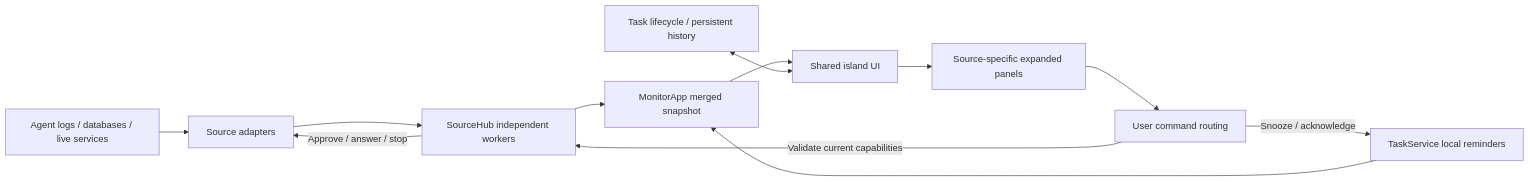
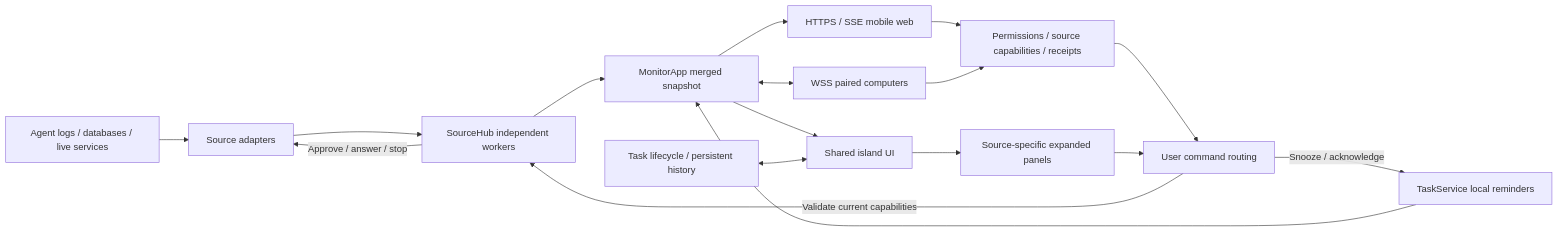
Before and after one commit to TYueMing/BrightMoon-Monitor-V1: the diagram in README.en.md, drawn with Mermaid. The commit also changed other lines of this file and 82 other files, not shown here.

````diff
--- a/README.en.md
+++ b/README.en.md
@@ -193,14 +235,19 @@
 ```mermaid
 flowchart LR
     Sources[Agent logs / databases / live services] --> Adapters[Source adapters]
     Adapters --> Hub[SourceHub independent workers]
     Hub --> App[MonitorApp merged snapshot]
     Tasks[TaskService local reminders] --> App
     App --> Island[Shared island UI]
+    App --> Phone[HTTPS / SSE mobile web]
+    App <--> Peers[WSS paired computers]
+    Phone --> Gate[Permissions / source capabilities / receipts]
+    Peers --> Gate
+    Gate --> Commands
     History[Task lifecycle / persistent history] <--> Island
     Island --> Panels[Source-specific expanded panels]
     Panels --> Commands[User command routing]
     Commands -->|Validate current capabilities| Hub
     Hub -->|Approve / answer / stop| Adapters
     Commands -->|Snooze / acknowledge| Tasks
 ```
````
